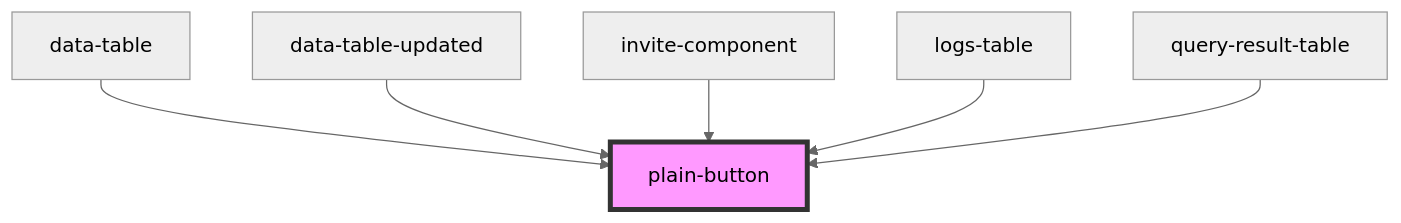
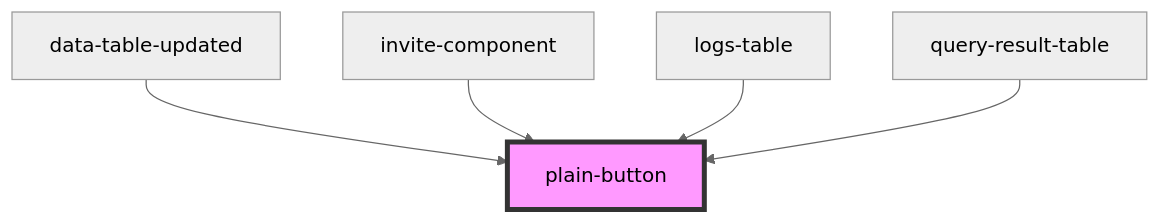
The diagram in src/components/common/plain-button/readme.md (techvariable/NeptuneConnectComponents), drawn with Mermaid (neutral theme) before and after one commit. The commit also changed other lines of this file and 10 other files, not shown here.

Commit message:
data-table implemented in user profile page

````diff
--- a/src/components/common/plain-button/readme.md
+++ b/src/components/common/plain-button/readme.md
@@ -32,9 +31,8 @@
 ```mermaid
 graph TD;
-  data-table --> plain-button
   data-table-updated --> plain-button
   invite-component --> plain-button
   logs-table --> plain-button
   query-result-table --> plain-button
   style plain-button fill:#f9f,stroke:#333,stroke-width:4px
 ```
````
